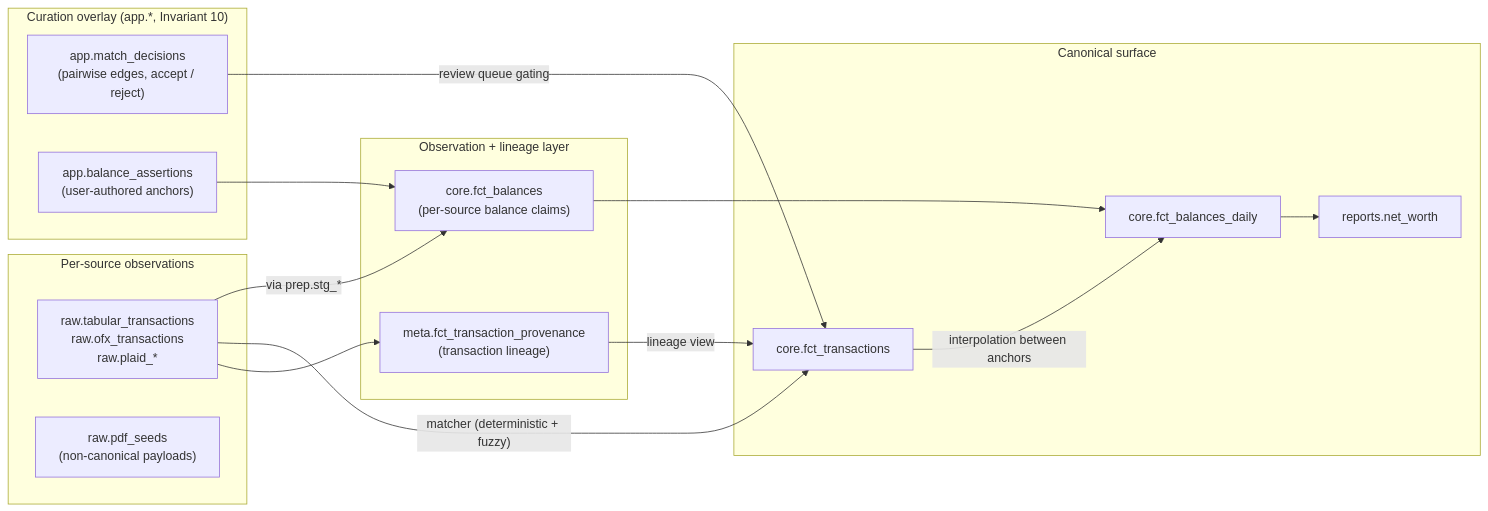
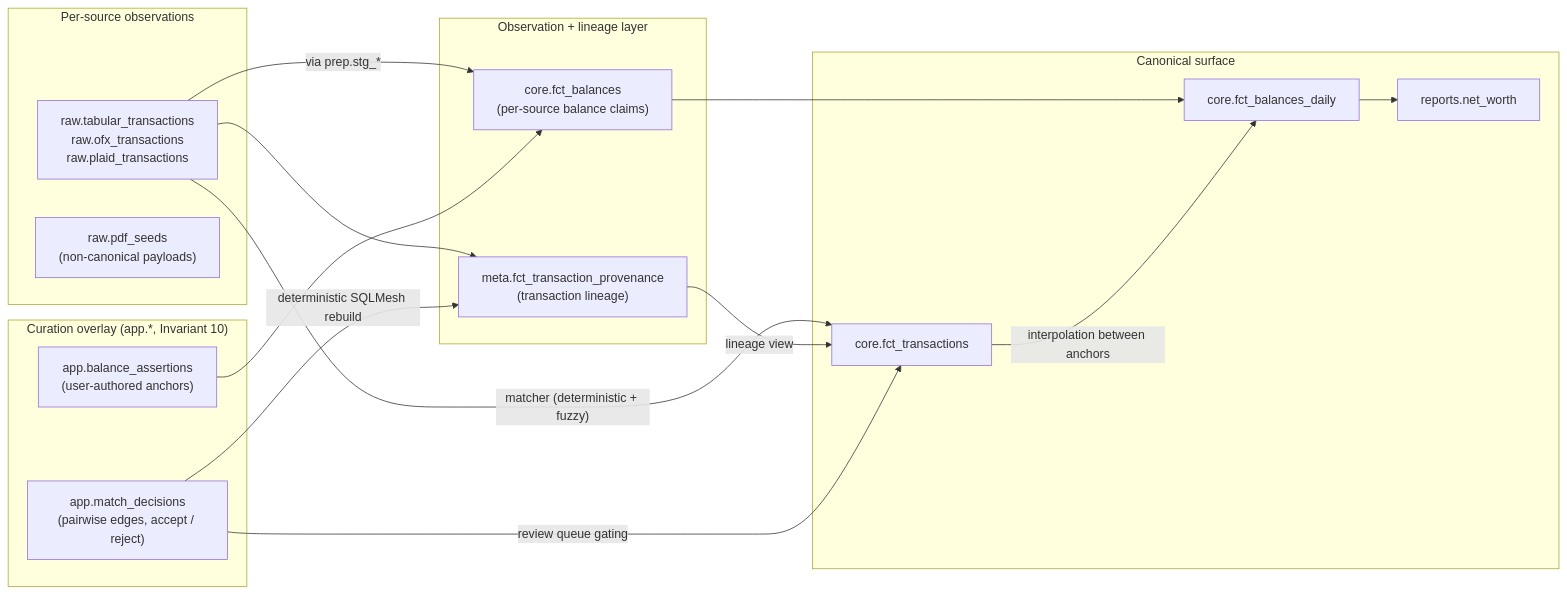
The diagram in docs/specs/source-observations.md (bsaffel/moneybin), drawn with Mermaid before and after one commit. The commit also changed other lines of this file and 15 other files, not shown here.

````diff
--- a/docs/specs/source-observations.md
+++ b/docs/specs/source-observations.md
@@ -52,33 +52,34 @@
 ```mermaid
 flowchart LR
     subgraph perSource["Per-source observations"]
-        rawTxn["raw.tabular_transactions<br/>raw.ofx_transactions<br/>raw.plaid_*"]
+        rawTxn["raw.tabular_transactions<br/>raw.ofx_transactions<br/>raw.plaid_transactions"]
         rawPdf["raw.pdf_seeds<br/>(non-canonical payloads)"]
     end
 
     subgraph observationLayer["Observation + lineage layer"]
         prov["meta.fct_transaction_provenance<br/>(transaction lineage)"]
         bal["core.fct_balances<br/>(per-source balance claims)"]
     end
 
     subgraph curation["Curation overlay (app.*, Invariant 10)"]
         matchDec["app.match_decisions<br/>(pairwise edges, accept / reject)"]
         balAssert["app.balance_assertions<br/>(user-authored anchors)"]
     end
 
     subgraph canonical["Canonical surface"]
         fctTxn["core.fct_transactions"]
         fctBalDay["core.fct_balances_daily"]
         rptNw["reports.net_worth"]
     end
 
     rawTxn --> prov
     rawTxn -- "matcher (deterministic + fuzzy)" --> fctTxn
     prov -- "lineage view" --> fctTxn
     matchDec -- "review queue gating" --> fctTxn
+    matchDec -- "deterministic SQLMesh rebuild" --> prov
     rawTxn -- "via prep.stg_*" --> bal
     balAssert --> bal
     bal --> fctBalDay
     fctTxn -- "interpolation between anchors" --> fctBalDay
     fctBalDay --> rptNw
 ```
````
